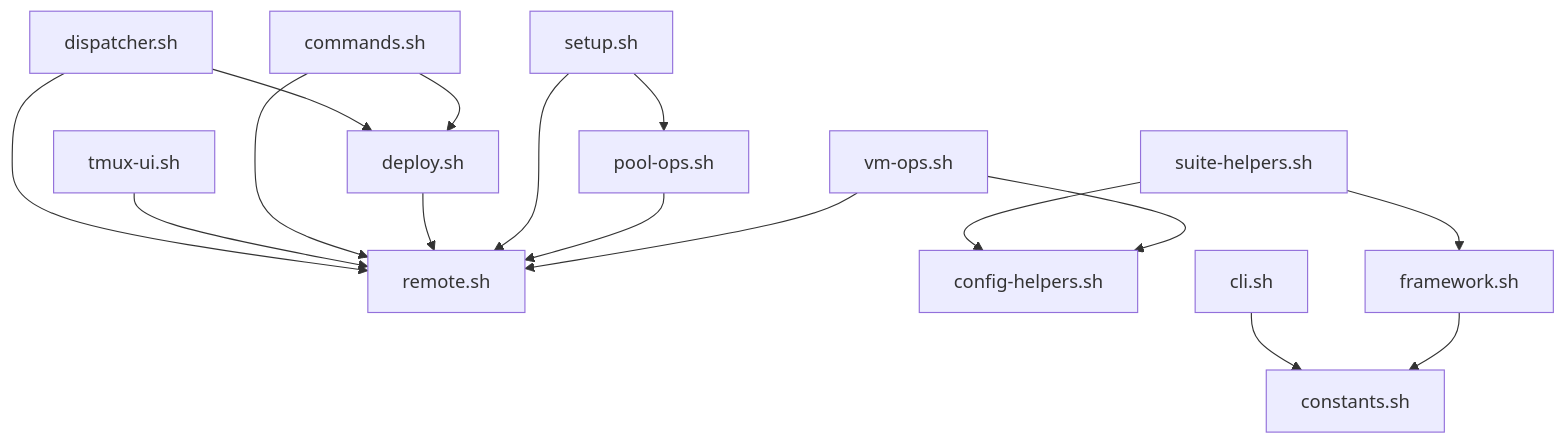
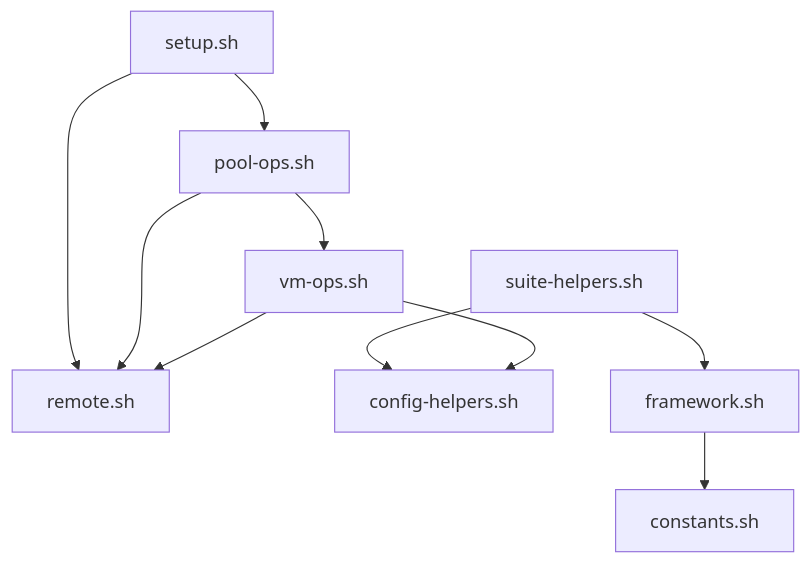
Before and after one commit to sjbylo/aba: the third of 3 diagrams in test/e2e/v2/dev/SPEC.md, drawn with Mermaid. The commit also changed other lines of this file, not shown here.

````diff
--- a/test/e2e/v2/dev/SPEC.md
+++ b/test/e2e/v2/dev/SPEC.md
@@ -1336,32 +1101,21 @@
 ```mermaid
 flowchart TD
     constants["constants.sh"]
     remote["remote.sh"]
     config["config-helpers.sh"]
     fw["framework.sh"]
     vmops["vm-ops.sh"]
     poolops["pool-ops.sh"]
     setup["setup.sh"]
     suitehelp["suite-helpers.sh"]
-    cli["cli.sh"]
-    deploy["deploy.sh"]
-    commands["commands.sh"]
-    tmuxui["tmux-ui.sh"]
-    dispatcher["dispatcher.sh"]
 
     fw --> constants
     vmops --> remote
     vmops --> config
+    poolops --> vmops
     poolops --> remote
     setup --> remote
     setup --> poolops
     suitehelp --> fw
     suitehelp --> config
-    cli --> constants
-    deploy --> remote
-    commands --> remote
-    commands --> deploy
-    tmuxui --> remote
-    dispatcher --> remote
-    dispatcher --> deploy
 ```
````
